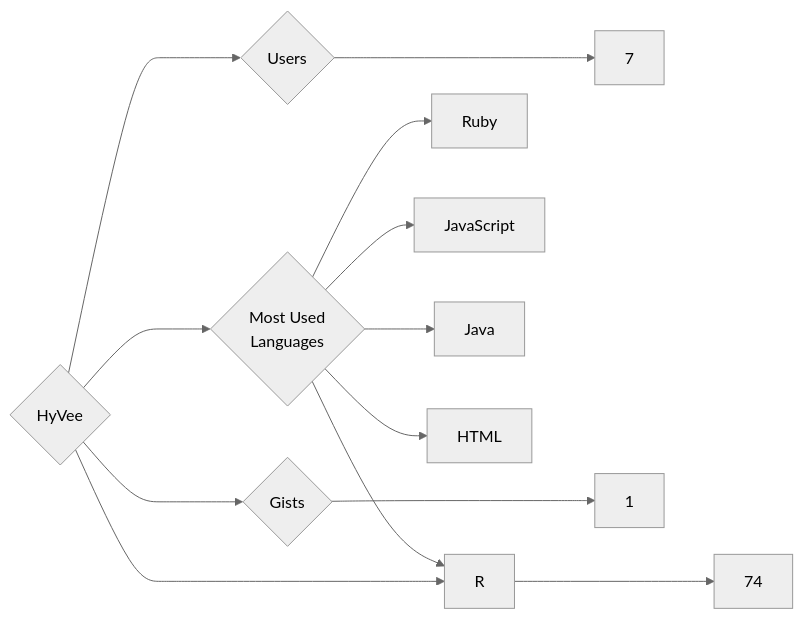
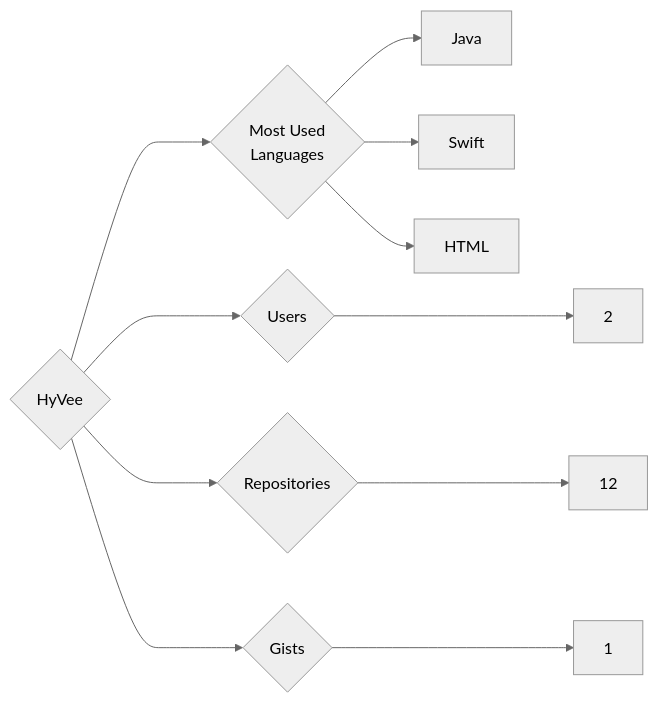
Before and after one commit to trickest/insiders: the diagram in targets/HyVee/README.md, drawn with Mermaid (neutral theme). The commit also changed 1078 other files, not shown here.

````diff
--- a/targets/HyVee/README.md
+++ b/targets/HyVee/README.md
@@ -3,13 +3,11 @@
 ```mermaid
 graph LR
 COMPANY_NAME{HyVee}
-COMPANY_NAME ---> U{Users} ---> UN[7]
-COMPANY_NAME ---> R{Repositories} ---> RN[74]
+COMPANY_NAME ---> U{Users} ---> UN[2]
+COMPANY_NAME ---> R{Repositories} ---> RN[12]
 COMPANY_NAME ---> G{Gists} ---> GN[1]
 COMPANY_NAME ---> ML{Most Used<br>Languages}
-ML --> Ruby[Ruby]
-ML --> JavaScript[JavaScript]
 ML --> Java[Java]
-ML --> R[R]
+ML --> Swift[Swift]
 ML --> HTML[HTML]
 ```
````
